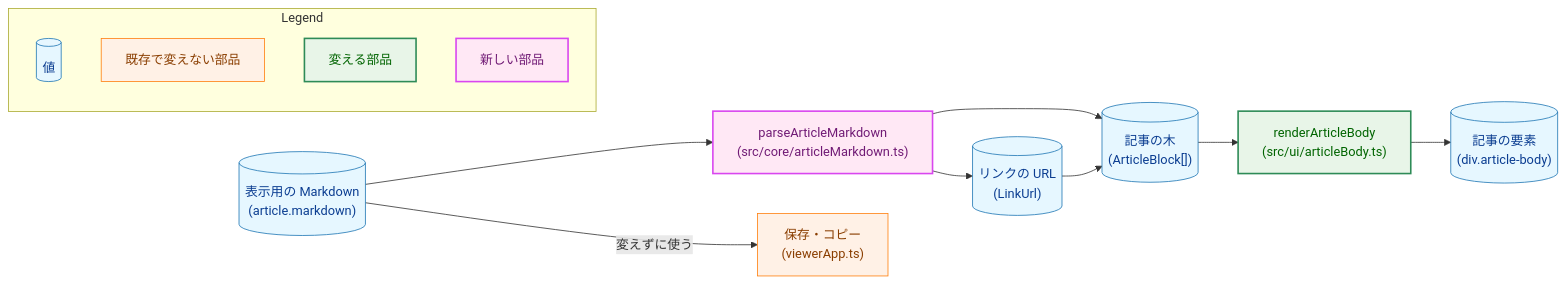
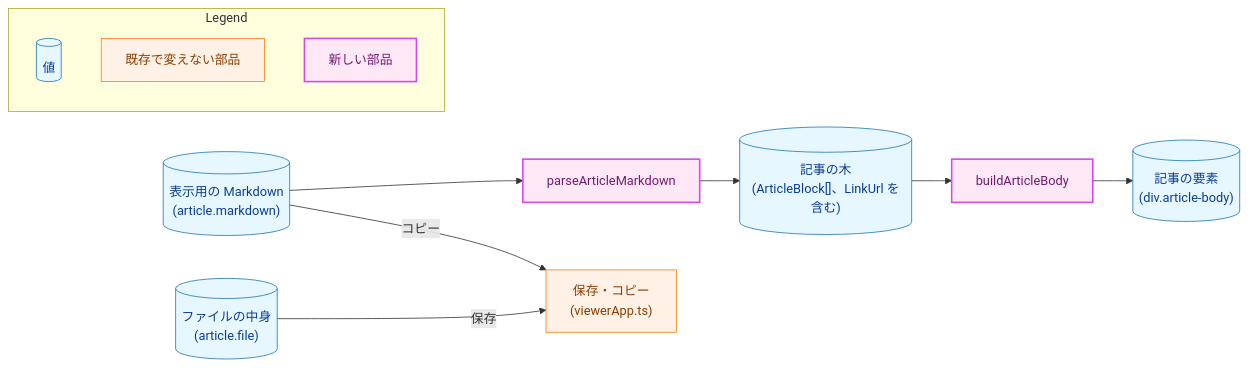
One commit to isseis/yt2column changed the first of 7 diagrams in docs/tasks/0063_viewer_markdown/02_architecture.md. Above: the diagram before and after it, drawn with Mermaid. The commit also changed other lines of this file, not shown here.

First line of the commit message:
docs(0063): address review findings on the viewer Markdown architecture

````diff
--- a/docs/tasks/0063_viewer_markdown/02_architecture.md
+++ b/docs/tasks/0063_viewer_markdown/02_architecture.md
@@ -52,37 +58,32 @@
 ```mermaid
 flowchart LR
     classDef data fill:#e6f7ff,stroke:#1f77b4,stroke-width:1px,color:#0b3d91;
     classDef process fill:#fff1e6,stroke:#ff7f0e,stroke-width:1px,color:#8a3e00;
     classDef enhanced fill:#e8f5e8,stroke:#2e8b57,stroke-width:2px,color:#006400;
     classDef newpkg fill:#ffe8f5,stroke:#d946ef,stroke-width:2px,color:#701a75;
 
     MD[("表示用の Markdown<br>(article.markdown)")]
-    PARSE["parseArticleMarkdown<br>(src/core/articleMarkdown.ts)"]
-    TREE[("記事の木<br>(ArticleBlock[])")]
-    URLV[("リンクの URL<br>(LinkUrl)")]
-    BUILD["renderArticleBody<br>(src/ui/articleBody.ts)"]
+    FILE[("ファイルの中身<br>(article.file)")]
+    PARSE["parseArticleMarkdown"]
+    TREE[("記事の木<br>(ArticleBlock[]、LinkUrl を含む)")]
+    BUILD["buildArticleBody"]
     DOMV[("記事の要素<br>(div.article-body)")]
     SAVE["保存・コピー<br>(viewerApp.ts)"]
 
-    MD --> PARSE --> TREE
-    PARSE --> URLV
-    URLV --> TREE
-    TREE --> BUILD --> DOMV
-    MD -->|"変えずに使う"| SAVE
+    MD --> PARSE --> TREE --> BUILD --> DOMV
+    MD -->|"コピー"| SAVE
+    FILE -->|"保存"| SAVE
 
-    class MD,TREE,URLV,DOMV data
+    class MD,FILE,TREE,DOMV data
     class SAVE process
-    class BUILD enhanced
-    class PARSE newpkg
+    class PARSE,BUILD newpkg
 
     subgraph Legend["Legend"]
         L1[("値")]
         L2["既存で変えない部品"]
-        L3["変える部品"]
         L4["新しい部品"]
     end
     class L1 data
     class L2 process
-    class L3 enhanced
     class L4 newpkg
 ```
````
